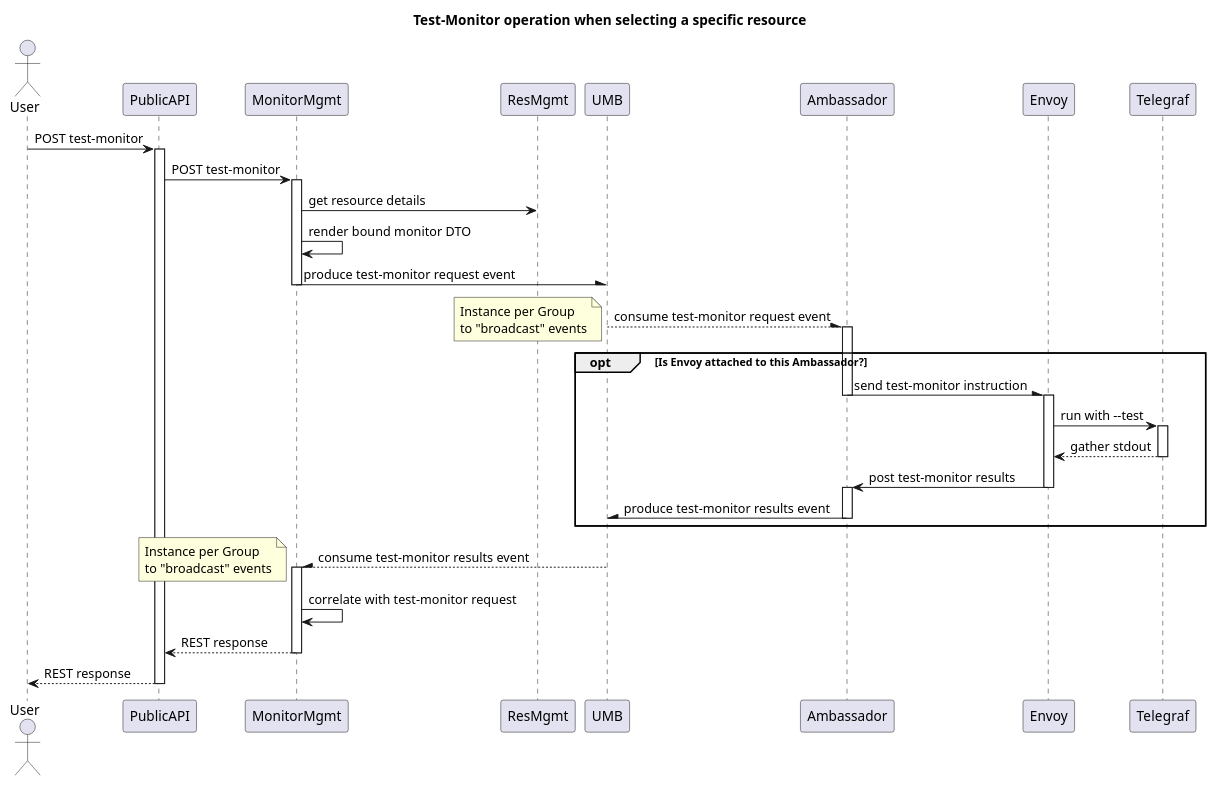
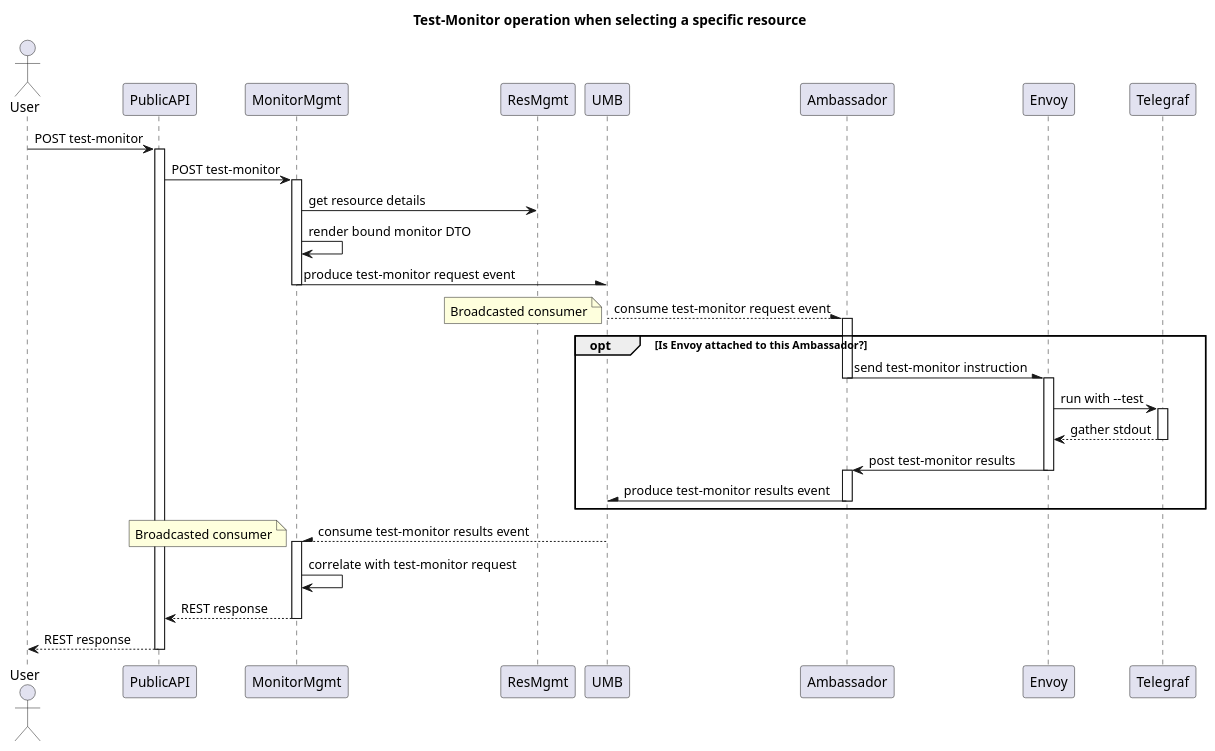
The diagram in proposals/test-monitor-specific-resource.puml (racker/salus-docs), drawn with PlantUML before and after one commit. The commit also changed 1 other file, not shown here.

```diff
--- a/proposals/test-monitor-specific-resource.puml
+++ b/proposals/test-monitor-specific-resource.puml
@@ -1,55 +1,55 @@
 @startuml
 
 title Test-Monitor operation when selecting a specific resource
 
 actor User
 participant PublicAPI
 participant MonitorMgmt as MM
 participant ResMgmt as RM
 participant UMB
 participant Ambassador as Amb
 participant Envoy
 participant Telegraf
 
 User -> PublicAPI: POST test-monitor
 activate PublicAPI
 
 PublicAPI -> MM: POST test-monitor
 activate MM
 
 MM -> RM: get resource details
 MM -> MM: render bound monitor DTO
 MM -\ UMB: produce test-monitor request event
 deactivate MM
 
 UMB --\ Amb: consume test-monitor request event
-note left: Instance per Group\nto "broadcast" events
+note left: Broadcasted consumer
 activate Amb
 opt Is Envoy attached to this Ambassador?
   Amb -\ Envoy: send test-monitor instruction
   deactivate Amb
 
   activate Envoy
   Envoy -> Telegraf: run with --test
   activate Telegraf
   return gather stdout
   Envoy -> Amb: post test-monitor results
   deactivate Envoy
 
   activate Amb
   Amb -\ UMB: produce test-monitor results event
   deactivate Amb
 end
 
 UMB --\ MM: consume test-monitor results event
-note left: Instance per Group\nto "broadcast" events
+note left: Broadcasted consumer
 activate MM
 MM -> MM: correlate with test-monitor request
 
 MM --> PublicAPI: REST response
 deactivate MM
 
 PublicAPI --> User: REST response
 deactivate PublicAPI
 
 @enduml
```
